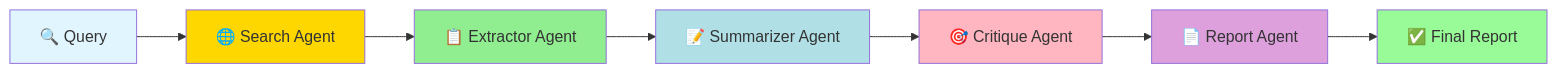
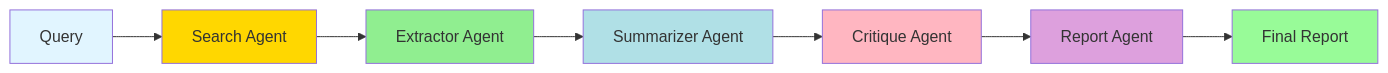
The fourth of 10 diagrams in README.md (aaryan182/ai_agents_prod_langgraph), drawn with Mermaid before and after one commit. The commit also changed other lines of this file and 7 other files, not shown here.

````diff
--- a/README.md
+++ b/README.md
@@ -452,17 +452,17 @@
 ```mermaid
 graph LR
-    A[🔍 Query] --> B[🌐 Search Agent]
-    B --> C[📋 Extractor Agent]
-    C --> D[📝 Summarizer Agent]
-    D --> E[🎯 Critique Agent]
-    E --> F[📄 Report Agent]
-    F --> G[✅ Final Report]
+    A[Query] --> B[Search Agent]
+    B --> C[Extractor Agent]
+    C --> D[Summarizer Agent]
+    D --> E[Critique Agent]
+    E --> F[Report Agent]
+    F --> G[Final Report]
     
     style A fill:#e1f5ff
     style B fill:#FFD700
     style C fill:#90EE90
     style D fill:#B0E0E6
     style E fill:#FFB6C1
     style F fill:#DDA0DD
     style G fill:#98FB98
 ```
````
